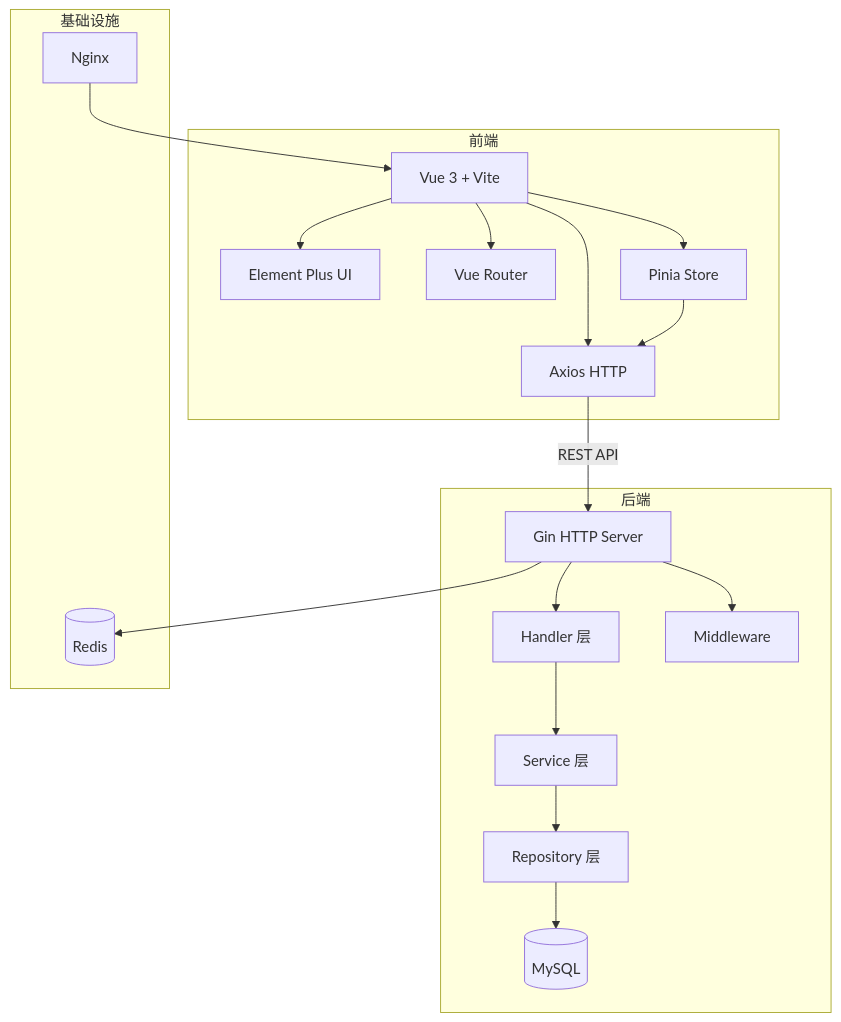
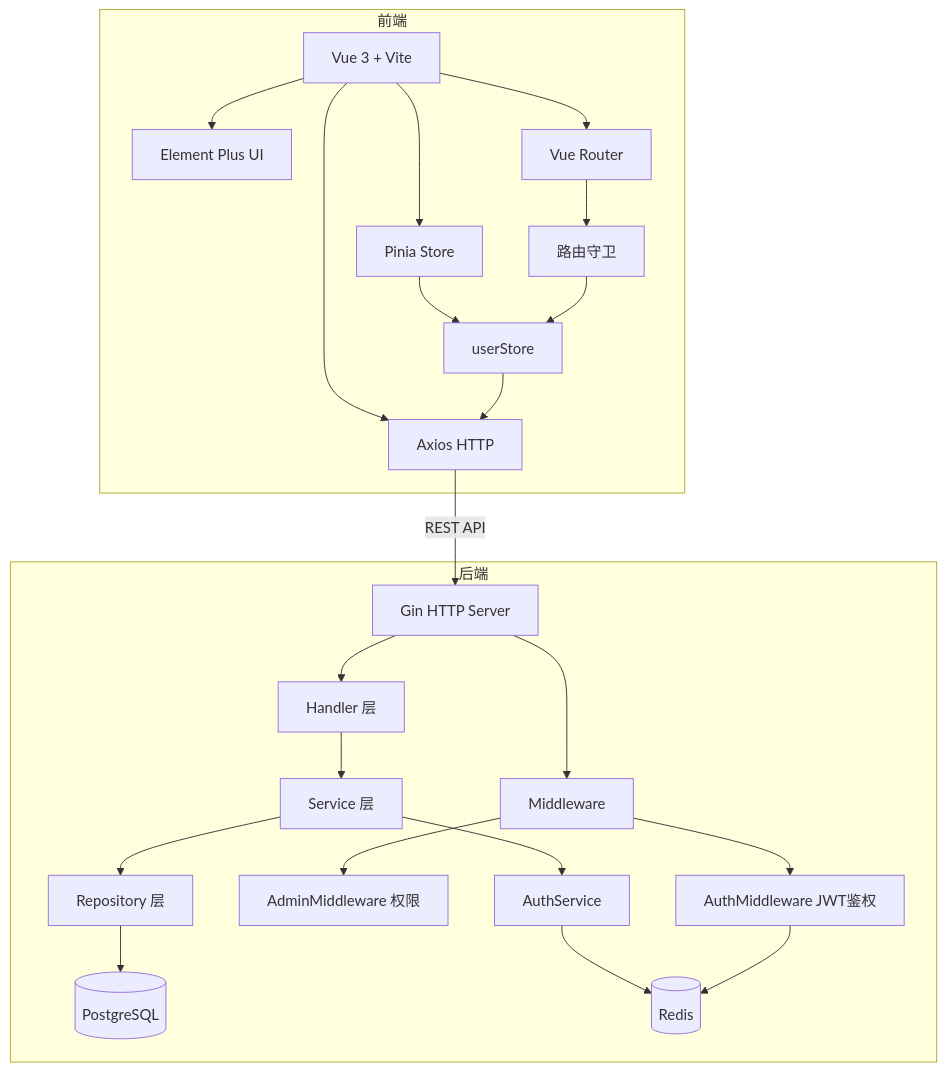
One commit to haobinfei/cybertron-portal changed the first of 4 diagrams in docs/design.md. Above: the diagram before and after it, drawn with Mermaid. The commit also changed other lines of this file and 33 other files, not shown here.

````diff
--- a/docs/design.md
+++ b/docs/design.md
@@ -7,29 +7,28 @@
 ```mermaid
 graph TD
     subgraph 前端
         A[Vue 3 + Vite] --> B[Element Plus UI]
         A --> C[Vue Router]
         A --> D[Pinia Store]
         A --> E[Axios HTTP]
+        C --> F[路由守卫]
+        D --> G[userStore]
+        G --> E
     end
 
     subgraph 后端
-        F[Gin HTTP Server] --> G[Handler 层]
-        G --> H[Service 层]
-        H --> I[Repository 层]
-        I --> J[(MySQL)]
-        F --> K[Middleware]
+        H[Gin HTTP Server] --> I[Middleware]
+        I --> J[AuthMiddleware JWT鉴权]
+        I --> K[AdminMiddleware 权限]
+        H --> L[Handler 层]
+        L --> M[Service 层]
+        M --> N[Repository 层]
+        N --> O[(PostgreSQL)]
+        M --> P[AuthService]
+        P --> Q[(Redis)]
     end
 
-    E -->|REST API| F
-    D --> E
-
-    subgraph 基础设施
-        J
-        L[(Redis)]
-        M[Nginx]
-    end
-
-    M --> A
-    F --> L
+    E -->|REST API| H
+    F --> G
+    J --> Q
 ```
````
